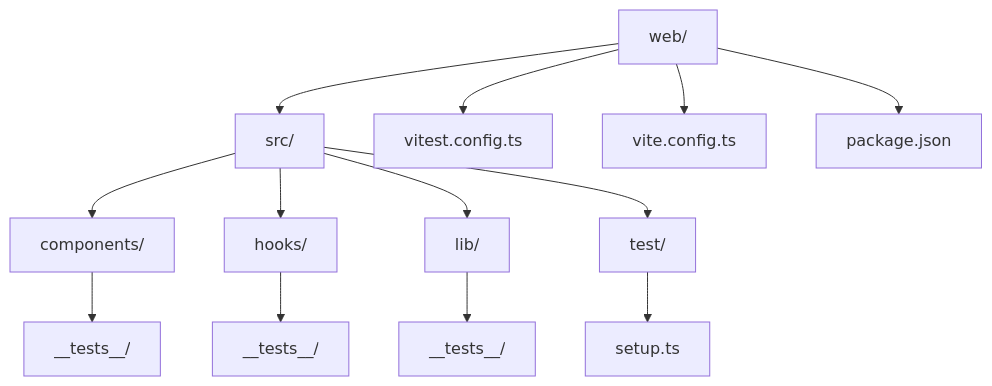
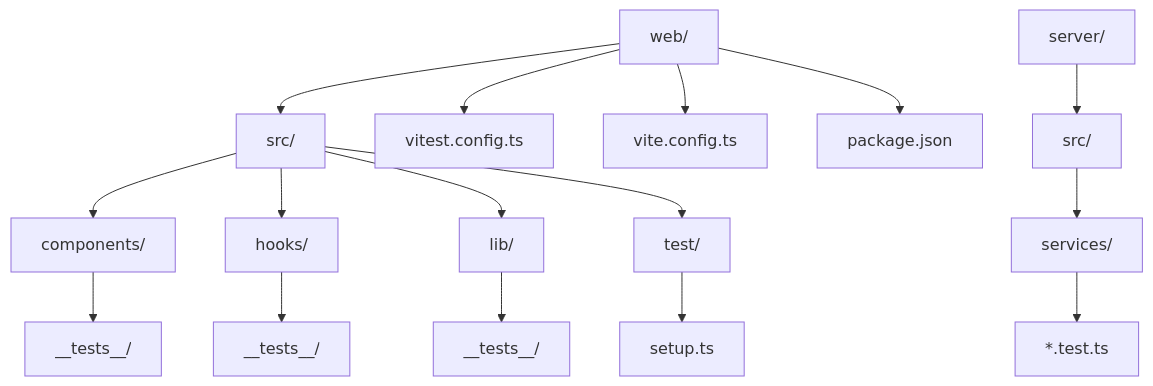
Before and after one commit to Damao997/newproject: the first of 4 diagrams in .qoder/repowiki/zh/content/测试策略/单元测试.md, drawn with Mermaid. The commit also changed other lines of this file and 55 other files, not shown here.

````diff
--- a/.qoder/repowiki/zh/content/测试策略/单元测试.md
+++ b/.qoder/repowiki/zh/content/测试策略/单元测试.md
@@ -40,15 +53,18 @@
 ```mermaid
 graph TB
 A["web/"] --> B["src/"]
 B --> C["components/"]
 B --> D["hooks/"]
 B --> E["lib/"]
 B --> F["test/"]
 C --> G["__tests__/"]
 D --> H["__tests__/"]
 E --> I["__tests__/"]
 A --> J["vitest.config.ts"]
 A --> K["vite.config.ts"]
 A --> L["package.json"]
 F --> M["setup.ts"]
+N["server/"] --> O["src/"]
+O --> P["services/"]
+P --> Q["*.test.ts"]
 ```
````
